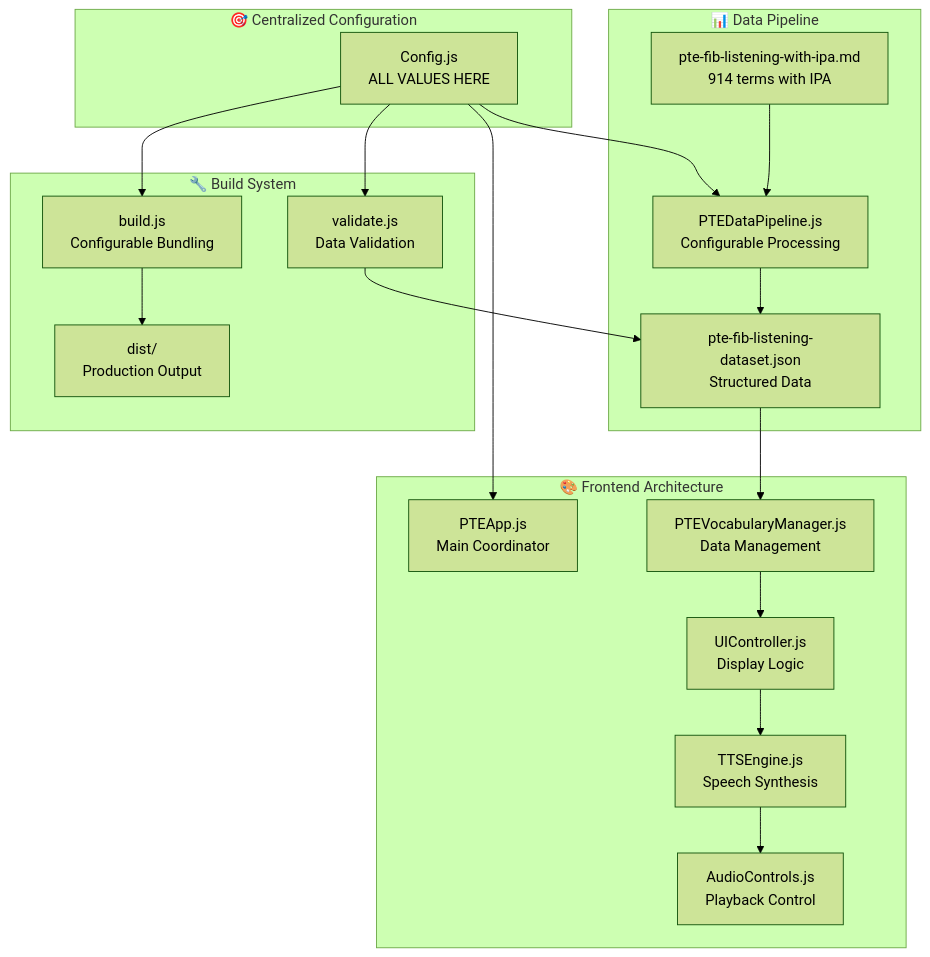
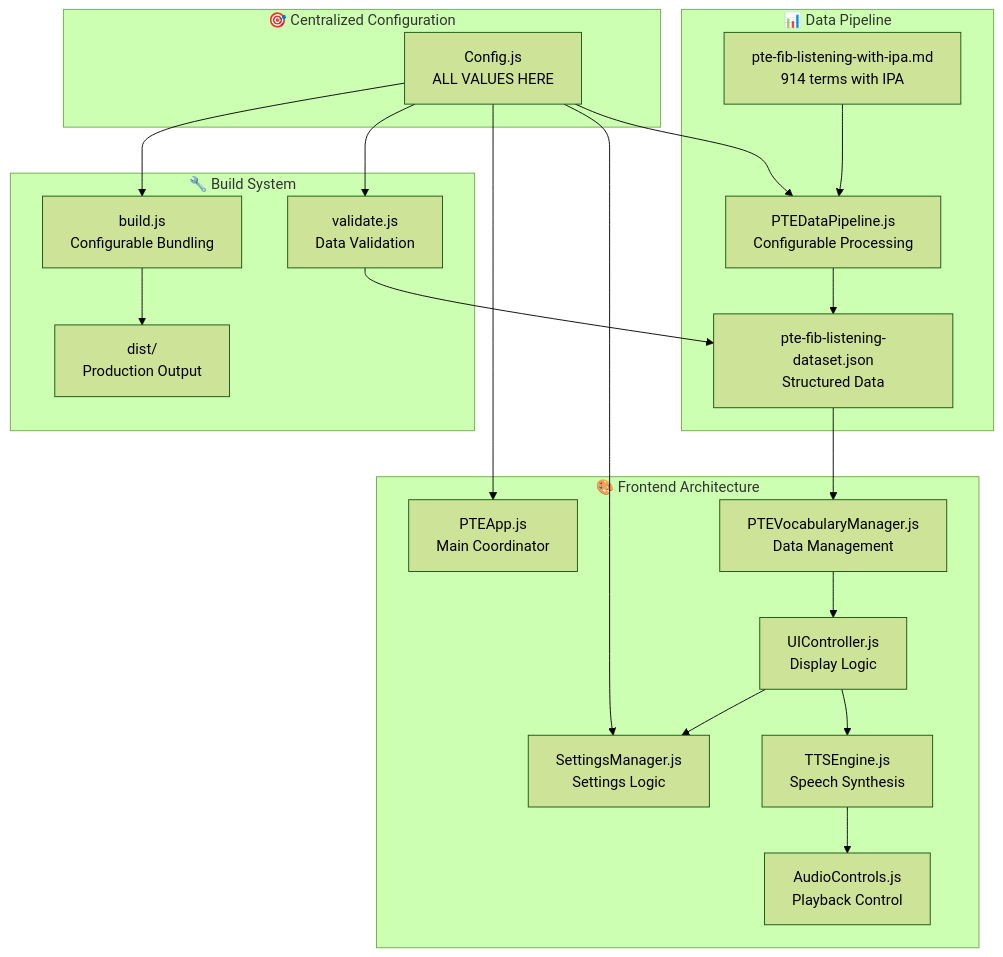
Before and after one commit to david3xu/ccl-pronunciation-trainer: the first of 3 diagrams in docs/ARCHITECTURE.md, drawn with Mermaid (forest theme). The commit also changed other lines of this file and 18 other files, not shown here.

````diff
--- a/docs/ARCHITECTURE.md
+++ b/docs/ARCHITECTURE.md
@@ -9,41 +9,44 @@
 ```mermaid
 graph TB
     subgraph "🎯 Centralized Configuration"
         CONFIG[Config.js<br/>ALL VALUES HERE]
     end
 
     subgraph "📊 Data Pipeline"
         SOURCE[pte-fib-listening-with-ipa.md<br/>914 terms with IPA]
         PIPELINE[PTEDataPipeline.js<br/>Configurable Processing]
         DATASET[pte-fib-listening-dataset.json<br/>Structured Data]
     end
 
     subgraph "🎨 Frontend Architecture"
         APP[PTEApp.js<br/>Main Coordinator]
+        SETTINGS[SettingsManager.js<br/>Settings Logic]
         VOCAB[PTEVocabularyManager.js<br/>Data Management]
         UI[UIController.js<br/>Display Logic]
         TTS[TTSEngine.js<br/>Speech Synthesis]
         AUDIO[AudioControls.js<br/>Playback Control]
     end
 
     subgraph "🔧 Build System"
         BUILD[build.js<br/>Configurable Bundling]
         VALIDATE[validate.js<br/>Data Validation]
         DIST[dist/<br/>Production Output]
     end
 
     CONFIG --> PIPELINE
     CONFIG --> BUILD
     CONFIG --> VALIDATE
     CONFIG --> APP
+    CONFIG --> SETTINGS
 
     SOURCE --> PIPELINE
     PIPELINE --> DATASET
     DATASET --> VOCAB
     VOCAB --> UI
+    UI --> SETTINGS
     UI --> TTS
     TTS --> AUDIO
 
     BUILD --> DIST
     VALIDATE --> DATASET
 ```
````
